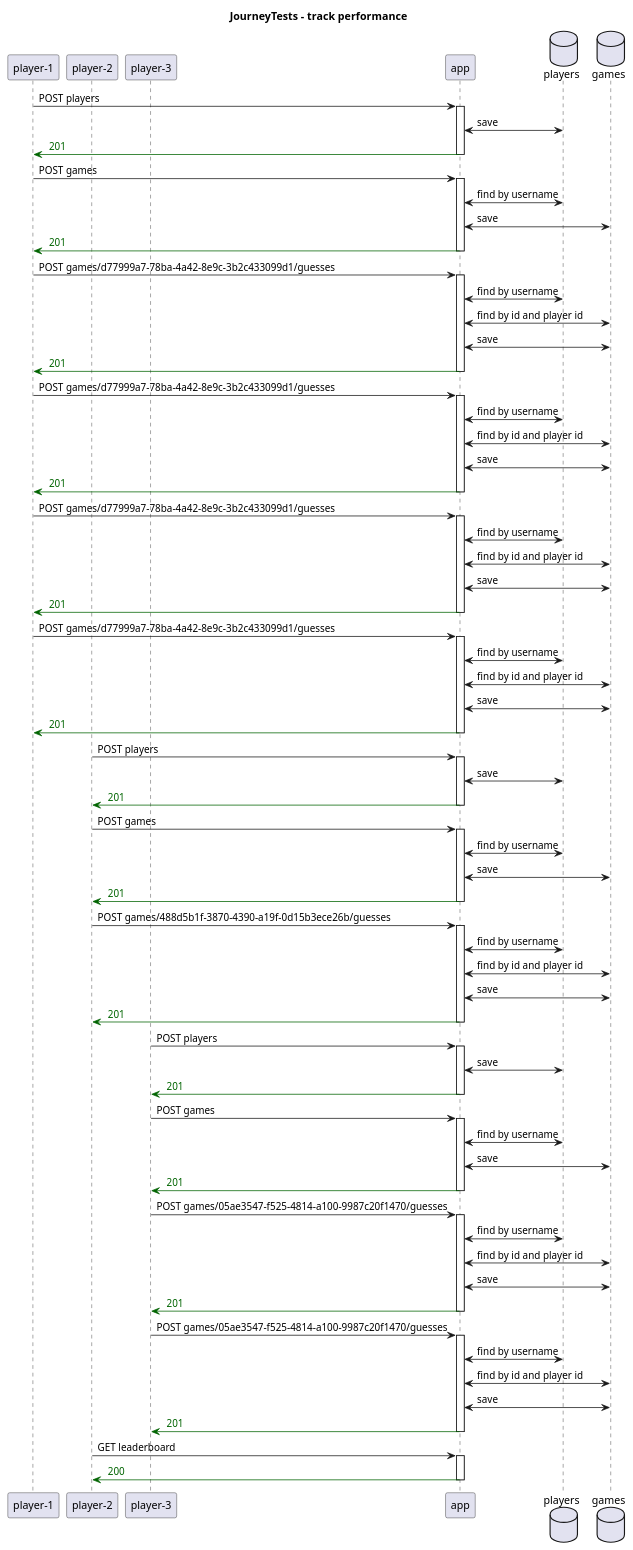
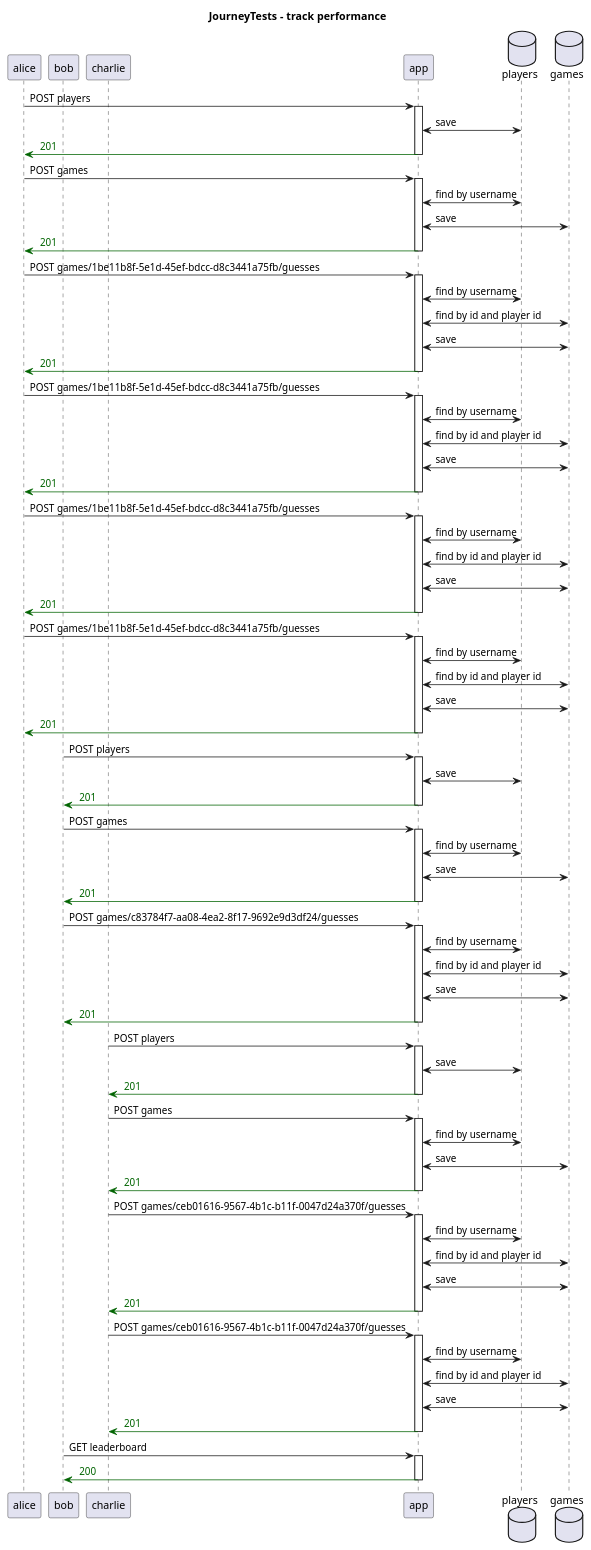
One commit to th3n3rd/http4k-playground changed the diagram in docs/system/generated/JourneyTests - track performance - Sequence.puml. Above: the diagram before and after it, drawn with PlantUML. The commit also changed 5 other files, not shown here.

```diff
--- a/docs/system/generated/JourneyTests - track performance - Sequence.puml
+++ b/docs/system/generated/JourneyTests - track performance - Sequence.puml
@@ -1,96 +1,96 @@
 @startuml
 title JourneyTests - track performance
-participant "player-1"
-participant "player-2"
-participant "player-3"
+participant "alice"
+participant "bob"
+participant "charlie"
 participant "app"
 database "players"
 database "games"
-"player-1" -> "app": POST players
+"alice" -> "app": POST players
 activate "app"
 "app" <-> "players": save
-"app" -[#DarkGreen]> "player-1": <color:DarkGreen> 201 
+"app" -[#DarkGreen]> "alice": <color:DarkGreen> 201 
 deactivate "app"
-"player-1" -> "app": POST games
+"alice" -> "app": POST games
 activate "app"
 "app" <-> "players": find by username
 "app" <-> "games": save
-"app" -[#DarkGreen]> "player-1": <color:DarkGreen> 201 
+"app" -[#DarkGreen]> "alice": <color:DarkGreen> 201 
 deactivate "app"
-"player-1" -> "app": POST games/d77999a7-78ba-4a42-8e9c-3b2c433099d1/guesses
+"alice" -> "app": POST games/1be11b8f-5e1d-45ef-bdcc-d8c3441a75fb/guesses
 activate "app"
 "app" <-> "players": find by username
 "app" <-> "games": find by id and player id
 "app" <-> "games": save
-"app" -[#DarkGreen]> "player-1": <color:DarkGreen> 201 
+"app" -[#DarkGreen]> "alice": <color:DarkGreen> 201 
 deactivate "app"
-"player-1" -> "app": POST games/d77999a7-78ba-4a42-8e9c-3b2c433099d1/guesses
+"alice" -> "app": POST games/1be11b8f-5e1d-45ef-bdcc-d8c3441a75fb/guesses
 activate "app"
 "app" <-> "players": find by username
 "app" <-> "games": find by id and player id
 "app" <-> "games": save
-"app" -[#DarkGreen]> "player-1": <color:DarkGreen> 201 
+"app" -[#DarkGreen]> "alice": <color:DarkGreen> 201 
 deactivate "app"
-"player-1" -> "app": POST games/d77999a7-78ba-4a42-8e9c-3b2c433099d1/guesses
+"alice" -> "app": POST games/1be11b8f-5e1d-45ef-bdcc-d8c3441a75fb/guesses
 activate "app"
 "app" <-> "players": find by username
 "app" <-> "games": find by id and player id
 "app" <-> "games": save
-"app" -[#DarkGreen]> "player-1": <color:DarkGreen> 201 
+"app" -[#DarkGreen]> "alice": <color:DarkGreen> 201 
 deactivate "app"
-"player-1" -> "app": POST games/d77999a7-78ba-4a42-8e9c-3b2c433099d1/guesses
+"alice" -> "app": POST games/1be11b8f-5e1d-45ef-bdcc-d8c3441a75fb/guesses
 activate "app"
 "app" <-> "players": find by username
 "app" <-> "games": find by id and player id
 "app" <-> "games": save
-"app" -[#DarkGreen]> "player-1": <color:DarkGreen> 201 
+"app" -[#DarkGreen]> "alice": <color:DarkGreen> 201 
 deactivate "app"
-"player-2" -> "app": POST players
+"bob" -> "app": POST players
 activate "app"
 "app" <-> "players": save
-"app" -[#DarkGreen]> "player-2": <color:DarkGreen> 201 
+"app" -[#DarkGreen]> "bob": <color:DarkGreen> 201 
 deactivate "app"
-"player-2" -> "app": POST games
+"bob" -> "app": POST games
 activate "app"
 "app" <-> "players": find by username
 "app" <-> "games": save
-"app" -[#DarkGreen]> "player-2": <color:DarkGreen> 201 
+"app" -[#DarkGreen]> "bob": <color:DarkGreen> 201 
 deactivate "app"
-"player-2" -> "app": POST games/488d5b1f-3870-4390-a19f-0d15b3ece26b/guesses
+"bob" -> "app": POST games/c83784f7-aa08-4ea2-8f17-9692e9d3df24/guesses
 activate "app"
 "app" <-> "players": find by username
 "app" <-> "games": find by id and player id
 "app" <-> "games": save
-"app" -[#DarkGreen]> "player-2": <color:DarkGreen> 201 
+"app" -[#DarkGreen]> "bob": <color:DarkGreen> 201 
 deactivate "app"
-"player-3" -> "app": POST players
+"charlie" -> "app": POST players
 activate "app"
 "app" <-> "players": save
-"app" -[#DarkGreen]> "player-3": <color:DarkGreen> 201 
+"app" -[#DarkGreen]> "charlie": <color:DarkGreen> 201 
 deactivate "app"
-"player-3" -> "app": POST games
+"charlie" -> "app": POST games
 activate "app"
 "app" <-> "players": find by username
 "app" <-> "games": save
-"app" -[#DarkGreen]> "player-3": <color:DarkGreen> 201 
+"app" -[#DarkGreen]> "charlie": <color:DarkGreen> 201 
 deactivate "app"
-"player-3" -> "app": POST games/05ae3547-f525-4814-a100-9987c20f1470/guesses
+"charlie" -> "app": POST games/ceb01616-9567-4b1c-b11f-0047d24a370f/guesses
 activate "app"
 "app" <-> "players": find by username
 "app" <-> "games": find by id and player id
 "app" <-> "games": save
-"app" -[#DarkGreen]> "player-3": <color:DarkGreen> 201 
+"app" -[#DarkGreen]> "charlie": <color:DarkGreen> 201 
 deactivate "app"
-"player-3" -> "app": POST games/05ae3547-f525-4814-a100-9987c20f1470/guesses
+"charlie" -> "app": POST games/ceb01616-9567-4b1c-b11f-0047d24a370f/guesses
 activate "app"
 "app" <-> "players": find by username
 "app" <-> "games": find by id and player id
 "app" <-> "games": save
-"app" -[#DarkGreen]> "player-3": <color:DarkGreen> 201 
+"app" -[#DarkGreen]> "charlie": <color:DarkGreen> 201 
 deactivate "app"
-"player-2" -> "app": GET leaderboard
+"bob" -> "app": GET leaderboard
 activate "app"
 
-"app" -[#DarkGreen]> "player-2": <color:DarkGreen> 200 
+"app" -[#DarkGreen]> "bob": <color:DarkGreen> 200 
 deactivate "app"
 @enduml
```
